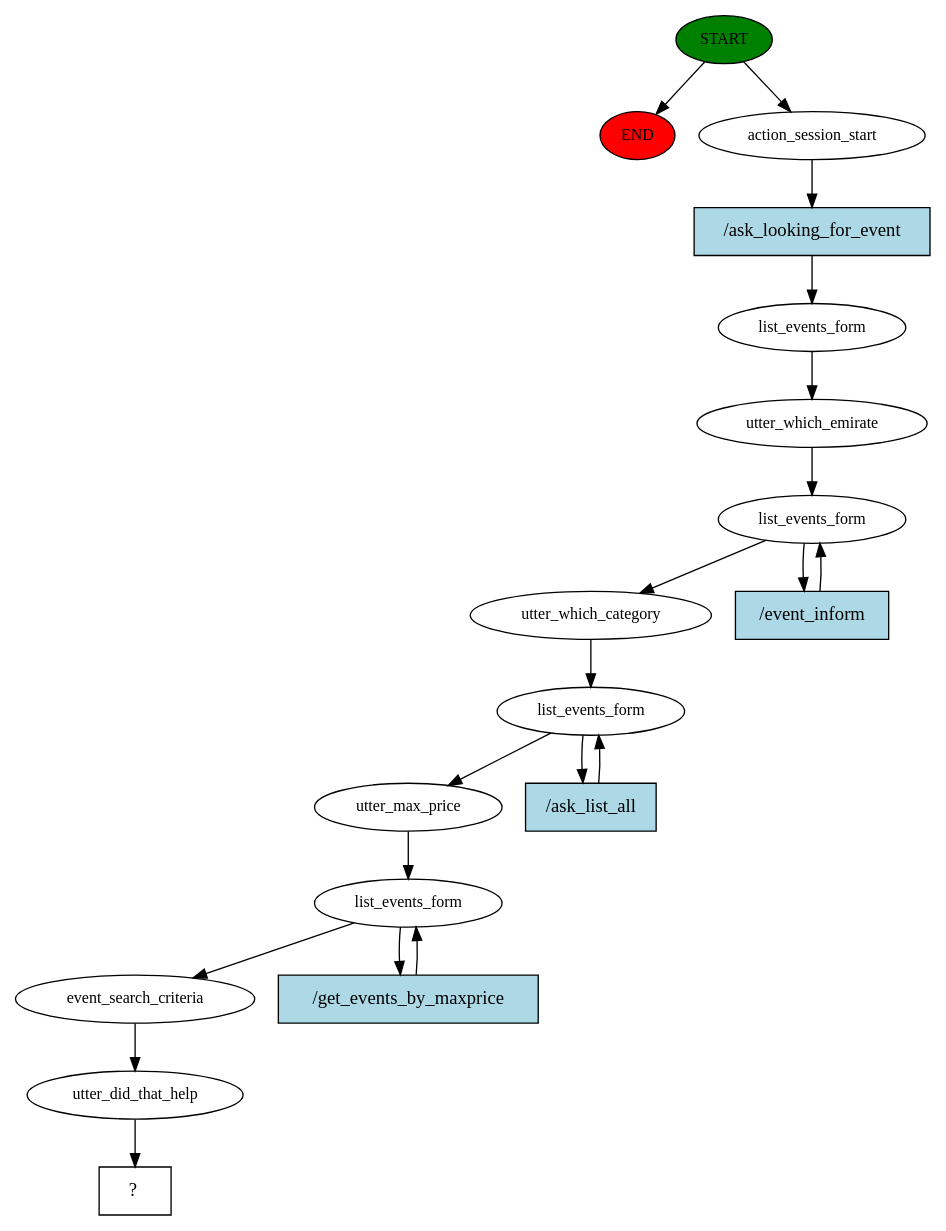
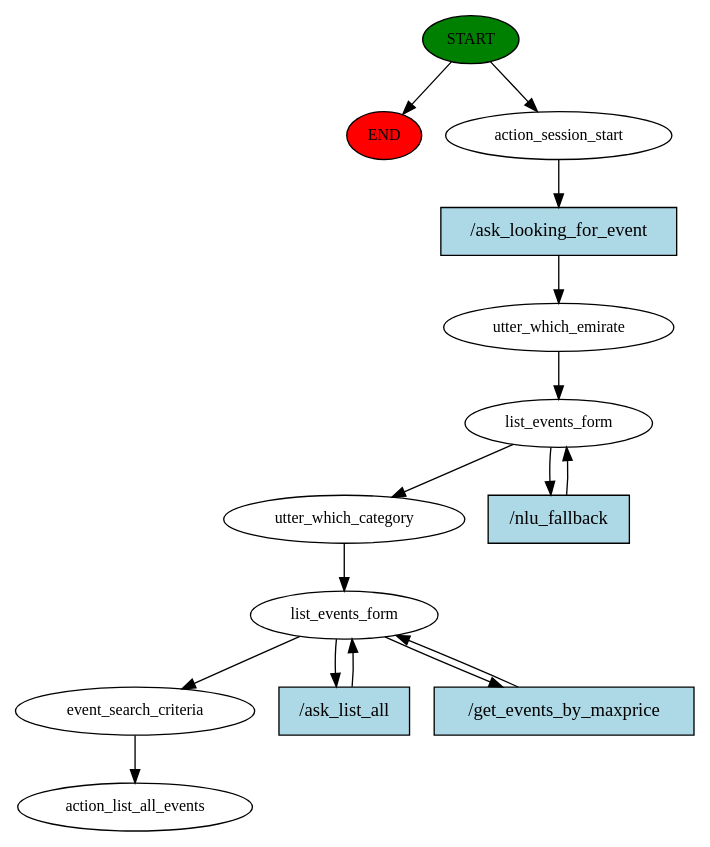
The diagram in story_graph.dot (EhteshamBahoo/Tic8M8_Bot), drawn with Graphviz before and after one commit. The commit also changed 7 other files, not shown here.

```diff
--- a/story_graph.dot
+++ b/story_graph.dot
@@ -1,38 +1,30 @@
 digraph  {
 0 [class="start active", fillcolor=green, fontsize=12, label=START, style=filled];
 "-1" [class=end, fillcolor=red, fontsize=12, label=END, style=filled];
 1 [class=active, fontsize=12, label=action_session_start];
-2 [class=active, fontsize=12, label=list_events_form];
-3 [class=active, fontsize=12, label=utter_which_emirate];
-4 [class=active, fontsize=12, label=list_events_form];
-6 [class=active, fontsize=12, label=utter_which_category];
-7 [class=active, fontsize=12, label=list_events_form];
-9 [class=active, fontsize=12, label=utter_max_price];
-10 [class=active, fontsize=12, label=list_events_form];
-12 [class=active, fontsize=12, label=event_search_criteria];
-13 [class=active, fontsize=12, label=utter_did_that_help];
-14 [class="intent dashed active", label="  ?  ", shape=rect];
-15 [class="intent active", fillcolor=lightblue, label="/ask_looking_for_event", shape=rect, style=filled];
-16 [class="intent active", fillcolor=lightblue, label="/event_inform", shape=rect, style=filled];
-17 [class="intent active", fillcolor=lightblue, label="/ask_list_all", shape=rect, style=filled];
-18 [class="intent active", fillcolor=lightblue, label="/get_events_by_maxprice", shape=rect, style=filled];
+2 [class=active, fontsize=12, label=utter_which_emirate];
+3 [class=active, fontsize=12, label=list_events_form];
+5 [class=active, fontsize=12, label=utter_which_category];
+6 [class=active, fontsize=12, label=list_events_form];
+9 [class=active, fontsize=12, label=event_search_criteria];
+10 [class="dashed active", fontsize=12, label=action_list_all_events];
+11 [class="intent active", fillcolor=lightblue, label="/ask_looking_for_event", shape=rect, style=filled];
+12 [class="intent active", fillcolor=lightblue, label="/nlu_fallback", shape=rect, style=filled];
+13 [class="intent active", fillcolor=lightblue, label="/ask_list_all", shape=rect, style=filled];
+14 [class="intent active", fillcolor=lightblue, label="/get_events_by_maxprice", shape=rect, style=filled];
 0 -> "-1"  [class="", key=NONE, label=""];
 0 -> 1  [class=active, key=NONE, label=""];
-1 -> 15  [class=active, key=0];
+1 -> 11  [class=active, key=0];
 2 -> 3  [class=active, key=NONE, label=""];
-3 -> 4  [class=active, key=NONE, label=""];
-4 -> 6  [class=active, key=NONE, label=""];
-4 -> 16  [class=active, key=0];
-6 -> 7  [class=active, key=NONE, label=""];
-7 -> 9  [class=active, key=NONE, label=""];
-7 -> 17  [class=active, key=0];
+3 -> 5  [class=active, key=NONE, label=""];
+3 -> 12  [class=active, key=0];
+5 -> 6  [class=active, key=NONE, label=""];
+6 -> 9  [class=active, key=NONE, label=""];
+6 -> 13  [class=active, key=0];
+6 -> 14  [class=active, key=0];
 9 -> 10  [class=active, key=NONE, label=""];
-10 -> 12  [class=active, key=NONE, label=""];
-10 -> 18  [class=active, key=0];
-12 -> 13  [class=active, key=NONE, label=""];
-13 -> 14  [class=active, key=NONE, label=""];
-15 -> 2  [class=active, key=0];
-16 -> 4  [class=active, key=0];
-17 -> 7  [class=active, key=0];
-18 -> 10  [class=active, key=0];
+11 -> 2  [class=active, key=0];
+12 -> 3  [class=active, key=0];
+13 -> 6  [class=active, key=0];
+14 -> 6  [class=active, key=0];
 }
```
